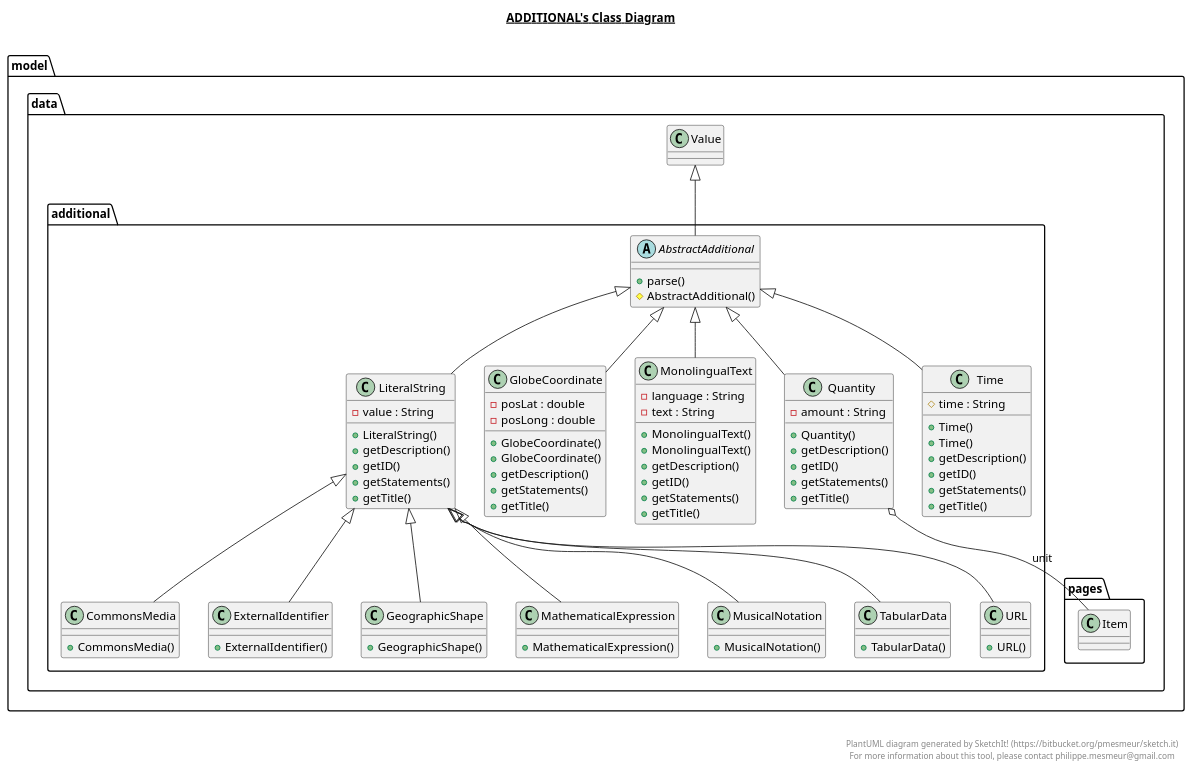
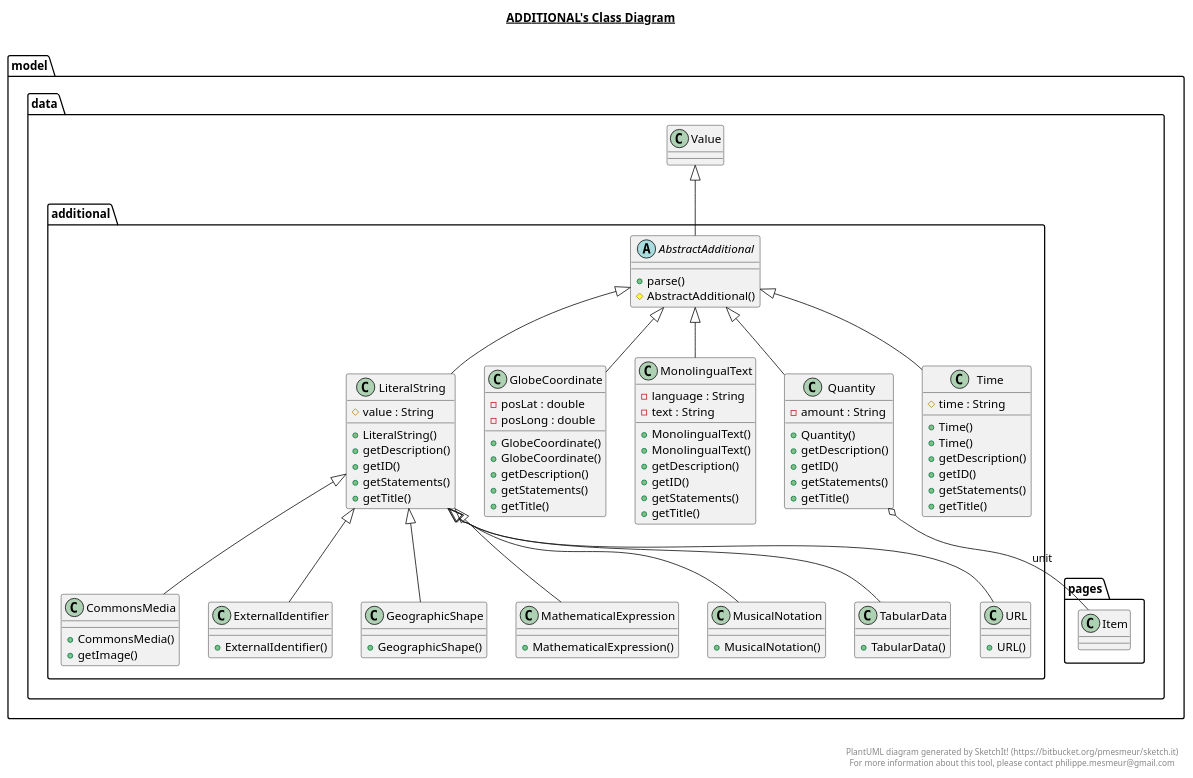
The diagram in src/main/model/data/additional/additional.plantuml (Bryce-MW/WikidataExplorer), drawn with PlantUML before and after one commit. The commit also changed 8 other files, not shown here.

```diff
--- a/src/main/model/data/additional/additional.plantuml
+++ b/src/main/model/data/additional/additional.plantuml
@@ -1,175 +1,176 @@
 @startuml
 
 title __ADDITIONAL's Class Diagram__\n
 
   namespace model.data {
     namespace additional {
       abstract class model.data.additional.AbstractAdditional {
           + parse()
           # AbstractAdditional()
       }
     }
   }
   
 
   namespace model.data {
     namespace additional {
       class model.data.additional.CommonsMedia {
           + CommonsMedia()
+          + getImage()
       }
     }
   }
   
 
   namespace model.data {
     namespace additional {
       class model.data.additional.ExternalIdentifier {
           + ExternalIdentifier()
       }
     }
   }
   
 
   namespace model.data {
     namespace additional {
       class model.data.additional.GeographicShape {
           + GeographicShape()
       }
     }
   }
   
 
   namespace model.data {
     namespace additional {
       class model.data.additional.GlobeCoordinate {
           - posLat : double
           - posLong : double
           + GlobeCoordinate()
           + GlobeCoordinate()
           + getDescription()
           + getStatements()
           + getTitle()
       }
     }
   }
   
 
   namespace model.data {
     namespace additional {
       class model.data.additional.LiteralString {
-          - value : String
+          # value : String
           + LiteralString()
           + getDescription()
           + getID()
           + getStatements()
           + getTitle()
       }
     }
   }
   
 
   namespace model.data {
     namespace additional {
       class model.data.additional.MathematicalExpression {
           + MathematicalExpression()
       }
     }
   }
   
 
   namespace model.data {
     namespace additional {
       class model.data.additional.MonolingualText {
           - language : String
           - text : String
           + MonolingualText()
           + MonolingualText()
           + getDescription()
           + getID()
           + getStatements()
           + getTitle()
       }
     }
   }
   
 
   namespace model.data {
     namespace additional {
       class model.data.additional.MusicalNotation {
           + MusicalNotation()
       }
     }
   }
   
 
   namespace model.data {
     namespace additional {
       class model.data.additional.Quantity {
           - amount : String
           + Quantity()
           + getDescription()
           + getID()
           + getStatements()
           + getTitle()
       }
     }
   }
   
 
   namespace model.data {
     namespace additional {
       class model.data.additional.TabularData {
           + TabularData()
       }
     }
   }
   
 
   namespace model.data {
     namespace additional {
       class model.data.additional.Time {
           # time : String
           + Time()
           + Time()
           + getDescription()
           + getID()
           + getStatements()
           + getTitle()
       }
     }
   }
   
 
   namespace model.data {
     namespace additional {
       class model.data.additional.URL {
           + URL()
       }
     }
   }
   
 
   model.data.additional.AbstractAdditional -up-|> model.data.Value
   model.data.additional.CommonsMedia -up-|> model.data.additional.LiteralString
   model.data.additional.ExternalIdentifier -up-|> model.data.additional.LiteralString
   model.data.additional.GeographicShape -up-|> model.data.additional.LiteralString
   model.data.additional.GlobeCoordinate -up-|> model.data.additional.AbstractAdditional
   model.data.additional.LiteralString -up-|> model.data.additional.AbstractAdditional
   model.data.additional.MathematicalExpression -up-|> model.data.additional.LiteralString
   model.data.additional.MonolingualText -up-|> model.data.additional.AbstractAdditional
   model.data.additional.MusicalNotation -up-|> model.data.additional.LiteralString
   model.data.additional.Quantity -up-|> model.data.additional.AbstractAdditional
   model.data.additional.Quantity o-- model.data.pages.Item : unit
   model.data.additional.TabularData -up-|> model.data.additional.LiteralString
   model.data.additional.Time -up-|> model.data.additional.AbstractAdditional
   model.data.additional.URL -up-|> model.data.additional.LiteralString
 
 
 right footer
 
 
 PlantUML diagram generated by SketchIt! (https://bitbucket.org/pmesmeur/sketch.it)
 For more information about this tool, please contact philippe.mesmeur@gmail.com
 endfooter
 
 @enduml
```
